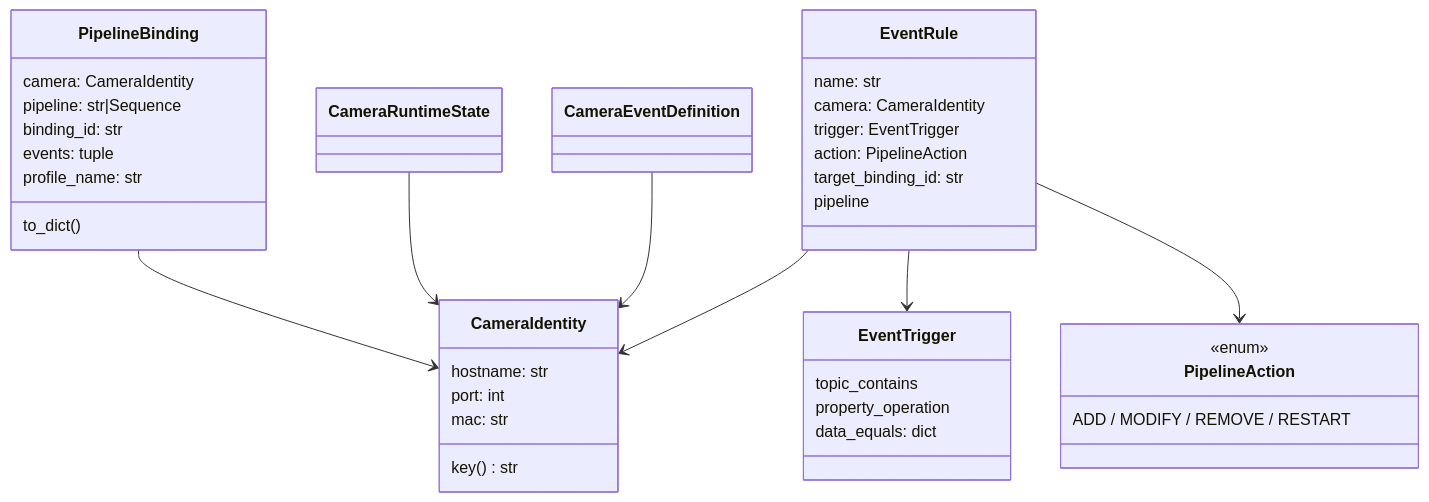
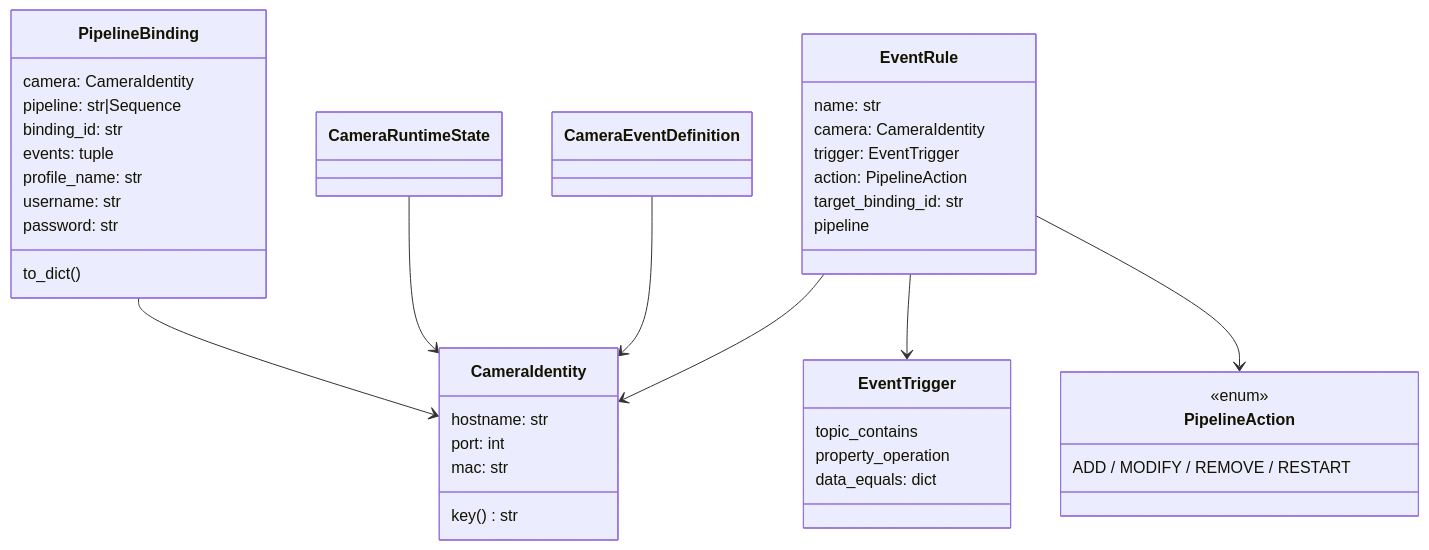
Before and after one commit to kkepka/dlstreamer: the third of 8 diagrams in python/dlstreamer/onvif/video_engine/README.md, drawn with Mermaid. The commit also changed other lines of this file and 10 other files, not shown here.

````diff
--- a/python/dlstreamer/onvif/video_engine/README.md
+++ b/python/dlstreamer/onvif/video_engine/README.md
@@ -87,40 +87,42 @@
 ```mermaid
 classDiagram
     class CameraIdentity {
         hostname: str
         port: int
         mac: str
         key() str
     }
     class PipelineBinding {
         camera: CameraIdentity
         pipeline: str|Sequence
         binding_id: str
         events: tuple
         profile_name: str
+        username: str
+        password: str
         to_dict()
     }
     class EventRule {
         name: str
         camera: CameraIdentity
         trigger: EventTrigger
         action: PipelineAction
         target_binding_id: str
         pipeline
     }
     class EventTrigger {
         topic_contains
         property_operation
         data_equals: dict
     }
     class PipelineAction {
         <<enum>>
         ADD / MODIFY / REMOVE / RESTART
     }
     PipelineBinding --> CameraIdentity
     EventRule --> CameraIdentity
     EventRule --> EventTrigger
     EventRule --> PipelineAction
     CameraRuntimeState --> CameraIdentity
     CameraEventDefinition --> CameraIdentity
 ```
````
